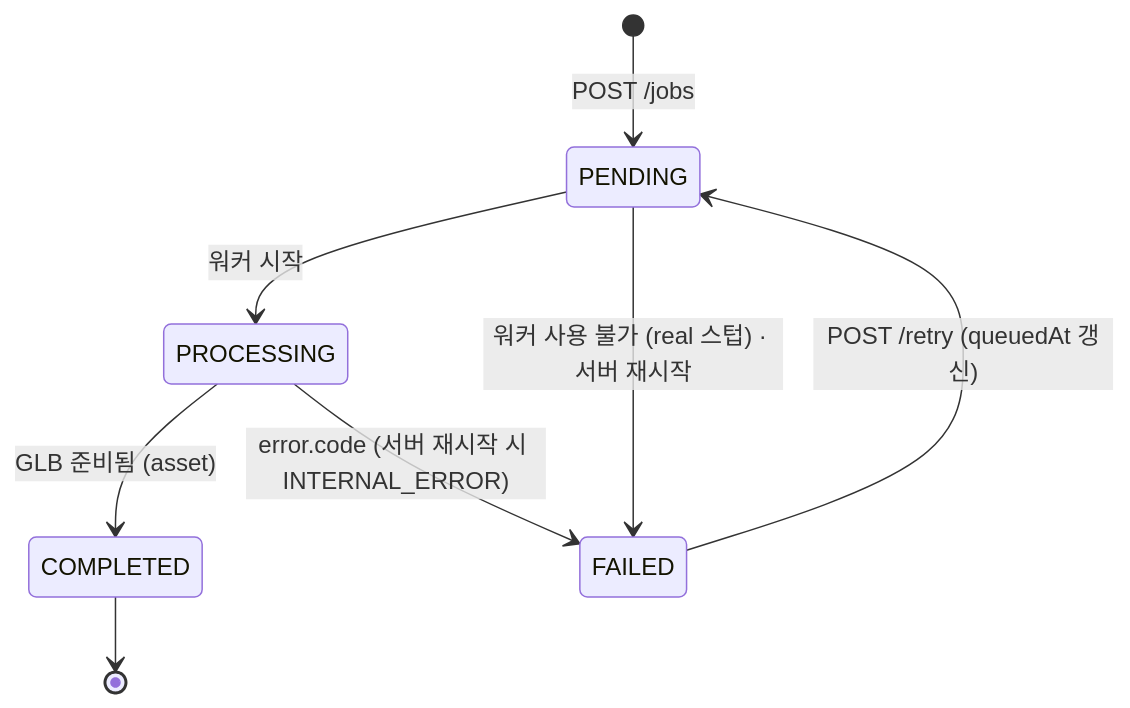
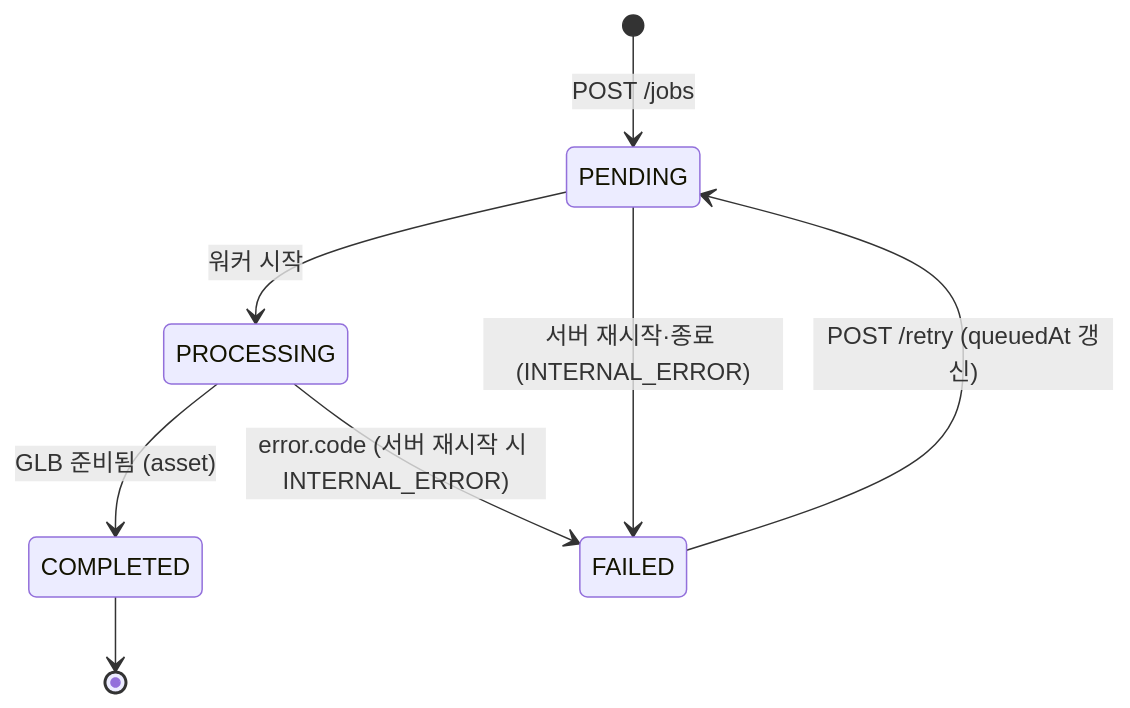
The third of 3 diagrams in docs/ARCHITECTURE.md (minwoo3717/Beside), drawn with Mermaid before and after one commit. The commit also changed other lines of this file and 3 other files, not shown here.

First line of the commit message:
[Backend] 문서: PLAN 4단계 선행 구현과 구조도·측정·GLB 저장 규칙 반영 — 무엇이 끝났고 무엇이 남았는지 구분하도록

````diff
--- a/docs/ARCHITECTURE.md
+++ b/docs/ARCHITECTURE.md
@@ -68,10 +68,10 @@
 ```mermaid
 stateDiagram-v2
     [*] --> PENDING: POST /jobs
     PENDING --> PROCESSING: 워커 시작
     PROCESSING --> COMPLETED: GLB 준비됨 (asset)
     PROCESSING --> FAILED: error.code (서버 재시작 시 INTERNAL_ERROR)
-    PENDING --> FAILED: 워커 사용 불가 (real 스텁) · 서버 재시작
+    PENDING --> FAILED: 서버 재시작·종료 (INTERNAL_ERROR)
     FAILED --> PENDING: POST /retry (queuedAt 갱신)
     COMPLETED --> [*]
 ```
````
